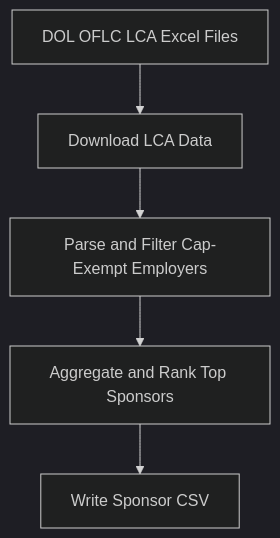
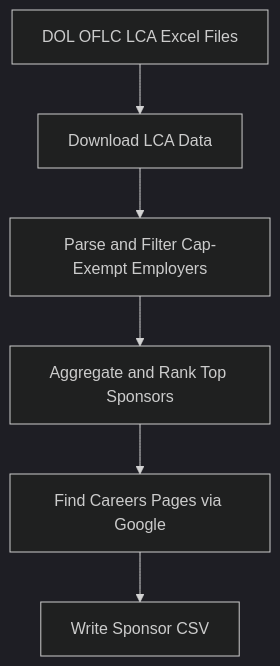
One commit to kyxap1/H1B_cap_exempt_JobTracker changed the diagram in README.md. Above: the diagram before and after it, drawn with Mermaid (dark theme). The commit also changed other lines of this file and 9 other files, not shown here.

````diff
--- a/README.md
+++ b/README.md
@@ -18,7 +19,8 @@
 ```mermaid
 flowchart TD
     A[DOL OFLC LCA Excel Files] --> B[Download LCA Data]
     B --> C[Parse and Filter Cap-Exempt Employers]
     C --> D[Aggregate and Rank Top Sponsors]
-    D --> E[Write Sponsor CSV]
+    D --> E[Find Careers Pages via Google]
+    E --> F[Write Sponsor CSV]
 ```
````
